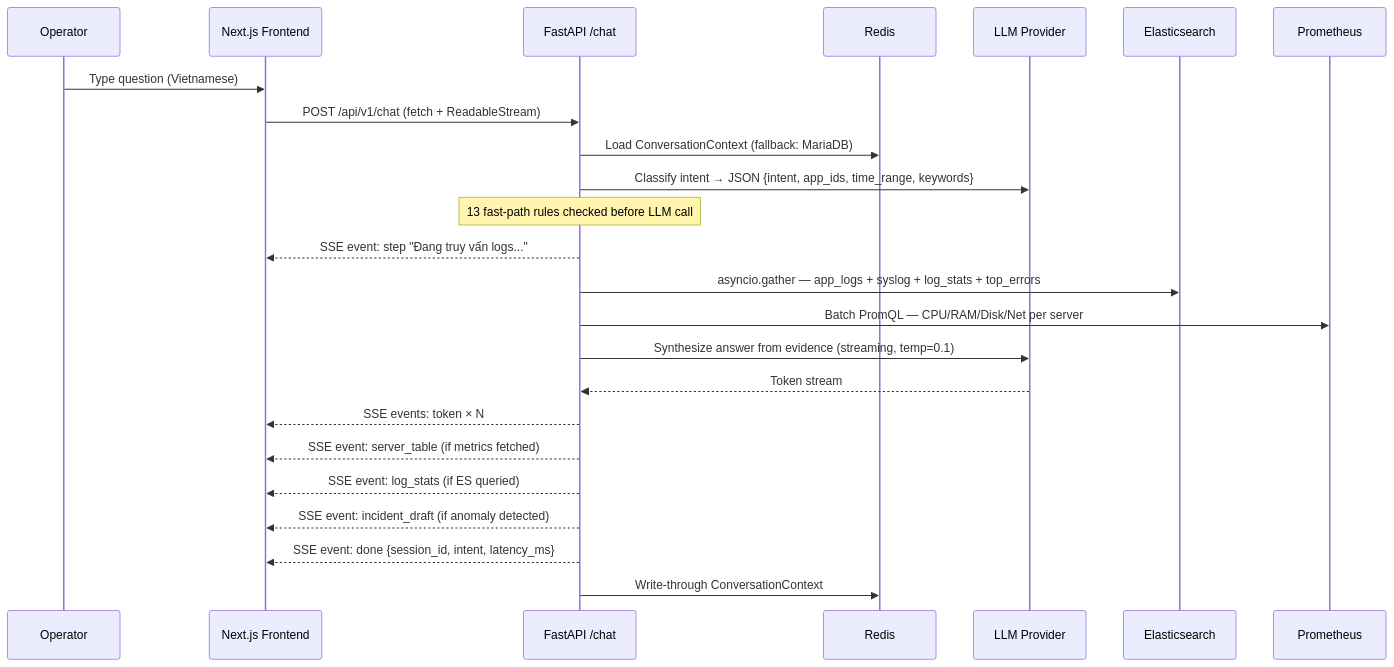
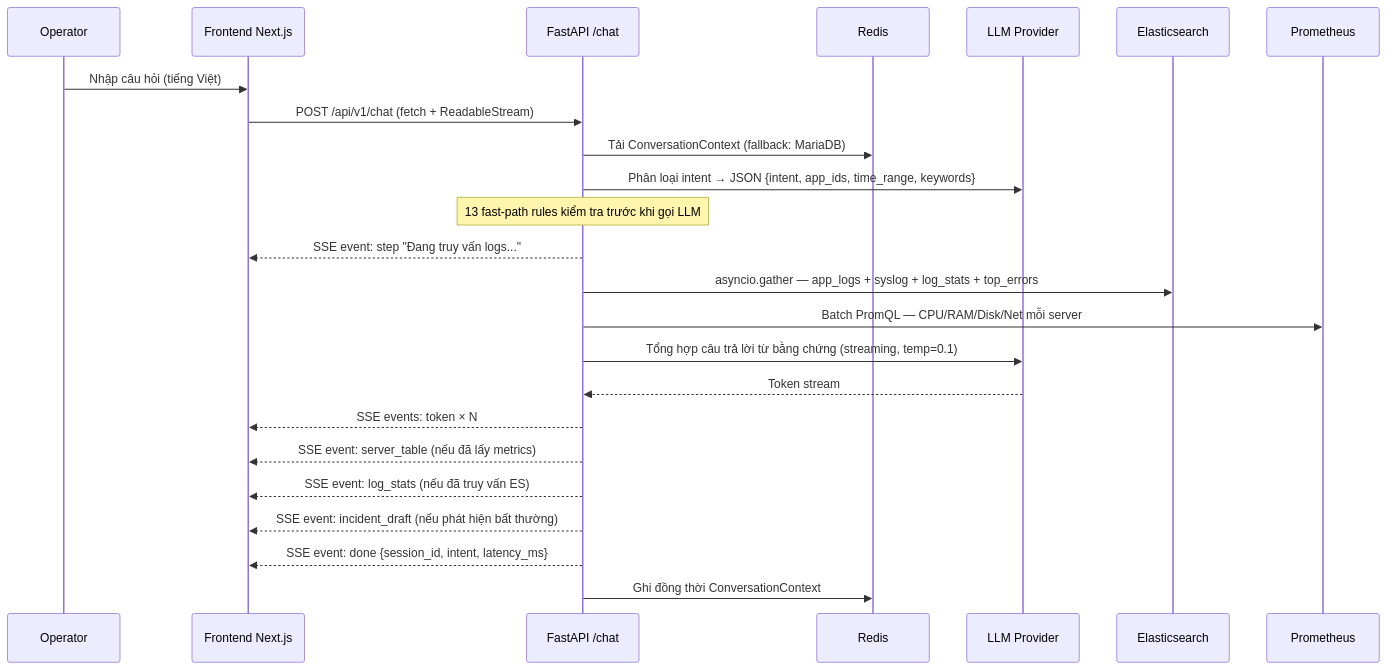
The second of 2 diagrams in README.md (HaManhDong/aiops), drawn with Mermaid before and after one commit. The commit also changed other lines of this file, not shown here.

Commit message:
docs: translate README to Vietnamese, remove 2am scenario

````diff
--- a/README.md
+++ b/README.md
@@ -157,27 +151,27 @@
 ```mermaid
 sequenceDiagram
     participant U as Operator
-    participant FE as Next.js Frontend
+    participant FE as Frontend Next.js
     participant API as FastAPI /chat
     participant R as Redis
     participant LLM as LLM Provider
     participant ES as Elasticsearch
     participant PM as Prometheus
 
-    U->>FE: Type question (Vietnamese)
+    U->>FE: Nhập câu hỏi (tiếng Việt)
     FE->>API: POST /api/v1/chat (fetch + ReadableStream)
-    API->>R: Load ConversationContext (fallback: MariaDB)
-    API->>LLM: Classify intent → JSON {intent, app_ids, time_range, keywords}
-    Note over API: 13 fast-path rules checked before LLM call
+    API->>R: Tải ConversationContext (fallback: MariaDB)
+    API->>LLM: Phân loại intent → JSON {intent, app_ids, time_range, keywords}
+    Note over API: 13 fast-path rules kiểm tra trước khi gọi LLM
     API-->>FE: SSE event: step "Đang truy vấn logs..."
     API->>ES: asyncio.gather — app_logs + syslog + log_stats + top_errors
-    API->>PM: Batch PromQL — CPU/RAM/Disk/Net per server
-    API->>LLM: Synthesize answer from evidence (streaming, temp=0.1)
+    API->>PM: Batch PromQL — CPU/RAM/Disk/Net mỗi server
+    API->>LLM: Tổng hợp câu trả lời từ bằng chứng (streaming, temp=0.1)
     LLM-->>API: Token stream
     API-->>FE: SSE events: token × N
-    API-->>FE: SSE event: server_table (if metrics fetched)
-    API-->>FE: SSE event: log_stats (if ES queried)
-    API-->>FE: SSE event: incident_draft (if anomaly detected)
+    API-->>FE: SSE event: server_table (nếu đã lấy metrics)
+    API-->>FE: SSE event: log_stats (nếu đã truy vấn ES)
+    API-->>FE: SSE event: incident_draft (nếu phát hiện bất thường)
     API-->>FE: SSE event: done {session_id, intent, latency_ms}
-    API->>R: Write-through ConversationContext
+    API->>R: Ghi đồng thời ConversationContext
 ```
````
